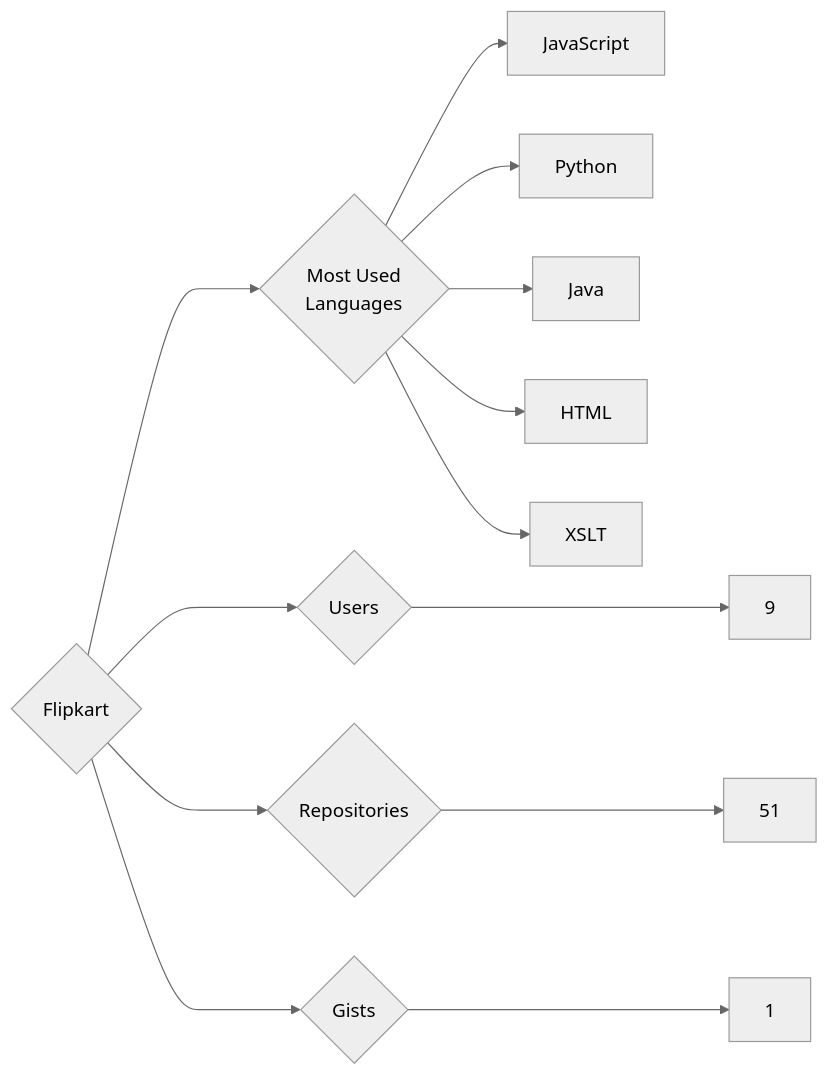
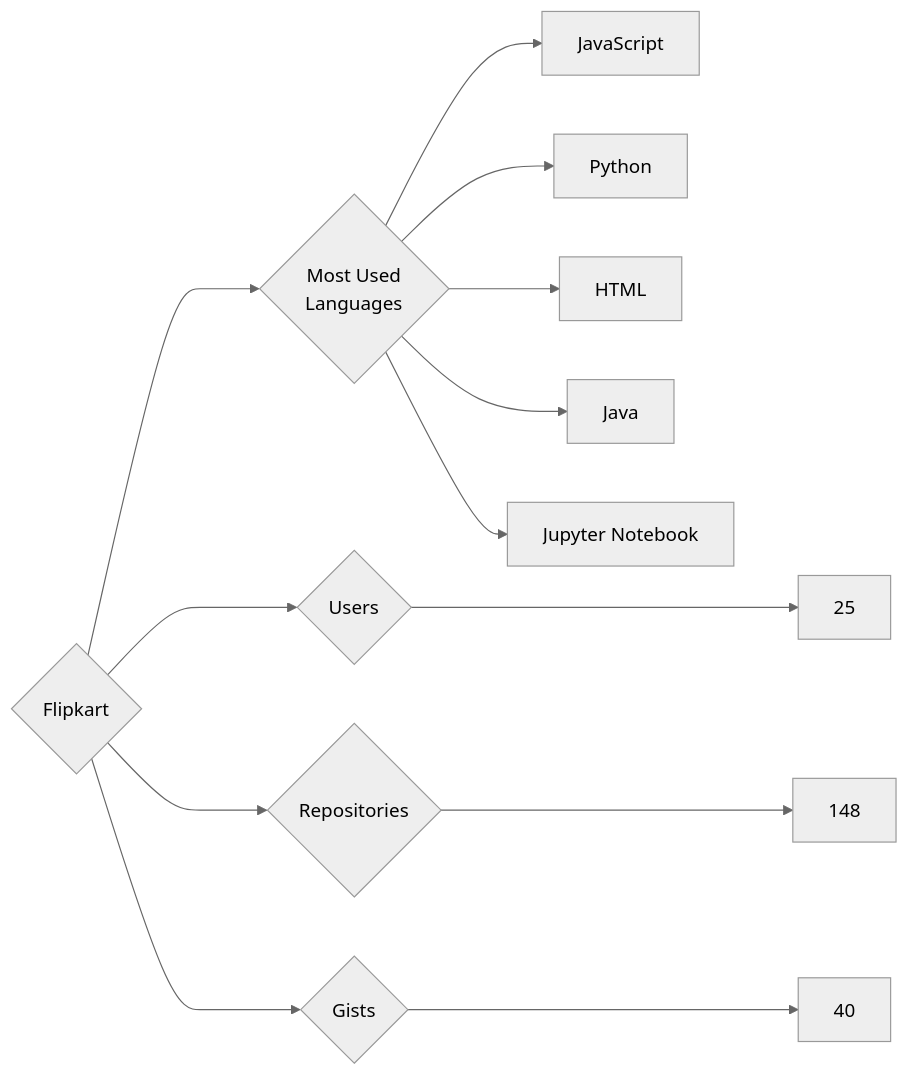
Before and after one commit to trickest/insiders: the diagram in targets/Flipkart/README.md, drawn with Mermaid (neutral theme). The commit also changed 782 other files, not shown here.

````diff
--- a/targets/Flipkart/README.md
+++ b/targets/Flipkart/README.md
@@ -3,13 +3,13 @@
 ```mermaid
 graph LR
 COMPANY_NAME{Flipkart}
-COMPANY_NAME ---> U{Users} ---> UN[9]
-COMPANY_NAME ---> R{Repositories} ---> RN[51]
-COMPANY_NAME ---> G{Gists} ---> GN[1]
+COMPANY_NAME ---> U{Users} ---> UN[25]
+COMPANY_NAME ---> R{Repositories} ---> RN[148]
+COMPANY_NAME ---> G{Gists} ---> GN[40]
 COMPANY_NAME ---> ML{Most Used<br>Languages}
 ML --> JavaScript[JavaScript]
 ML --> Python[Python]
+ML --> HTML[HTML]
 ML --> Java[Java]
-ML --> HTML[HTML]
-ML --> XSLT[XSLT]
+ML --> Jupyter_Notebook[Jupyter Notebook]
 ```
````
